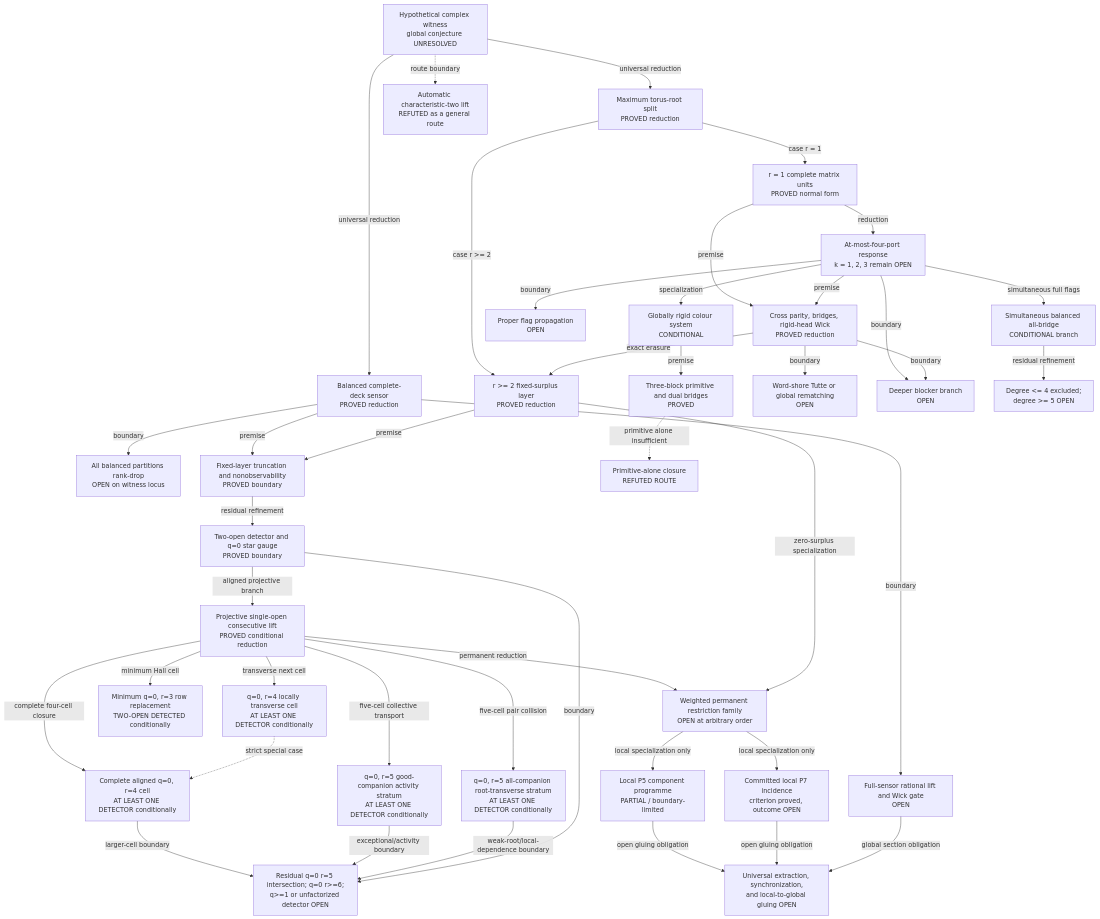
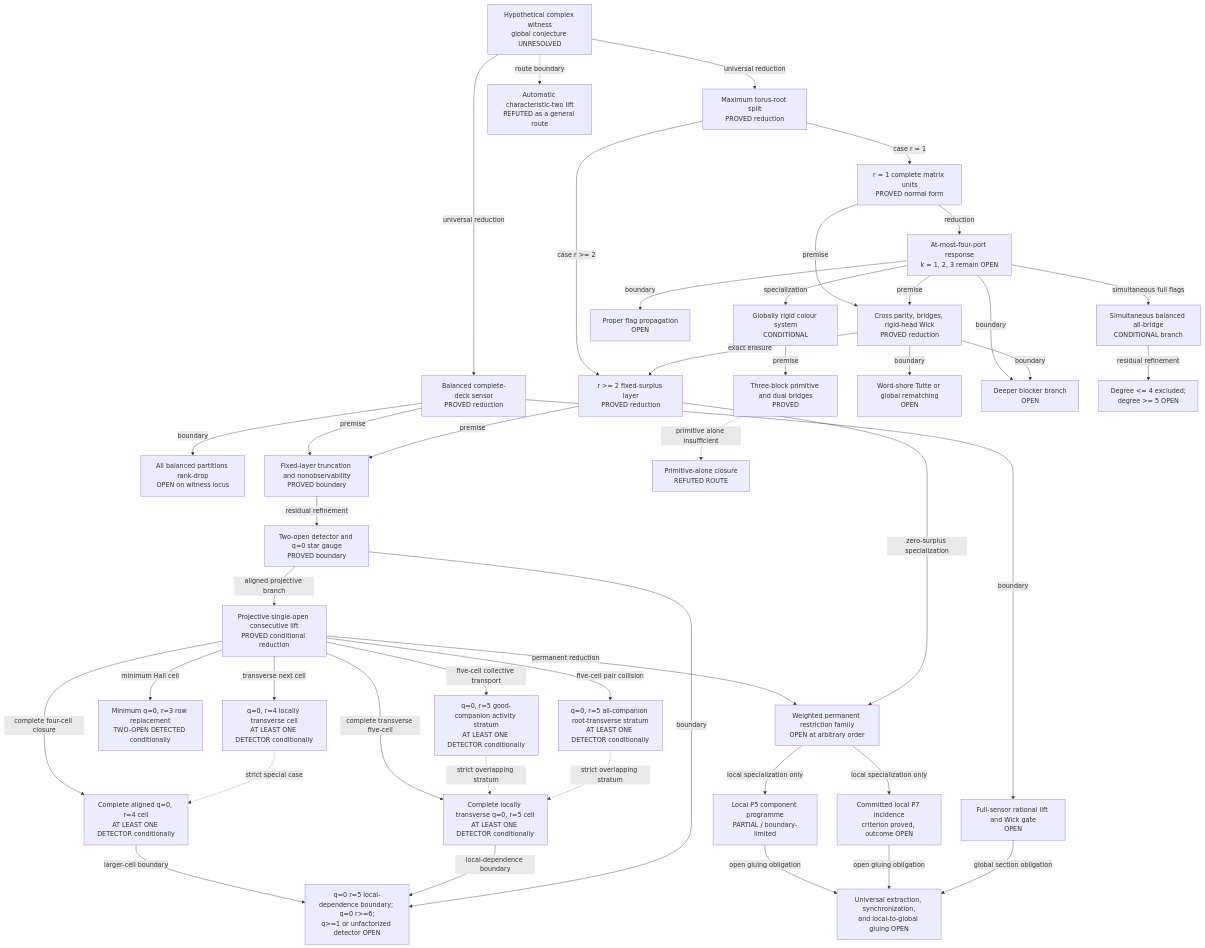
Before and after one commit to YesterdaysLemon/krenn-gu-research: the diagram in docs/current-frontier.md, drawn with Mermaid. The commit also changed other lines of this file and 6 other files, not shown here.

Commit message:
Prove complete transverse five-cell detector (#90)

```diff
--- a/docs/current-frontier.md
+++ b/docs/current-frontier.md
@@ -59,7 +59,8 @@
   O2F["Complete aligned q=0, r=4 cell<br/>AT LEAST ONE DETECTOR conditionally"]
   O2V["q=0, r=5 good-companion activity stratum<br/>AT LEAST ONE DETECTOR conditionally"]
   O2A["q=0, r=5 all-companion root-transverse stratum<br/>AT LEAST ONE DETECTOR conditionally"]
-  O3["Residual q=0 r=5 intersection; q=0 r>=6;<br/>q>=1 or unfactorized detector OPEN"]
+  O2C["Complete locally transverse q=0, r=5 cell<br/>AT LEAST ONE DETECTOR conditionally"]
+  O3["q=0 r=5 local-dependence boundary; q=0 r>=6;<br/>q>=1 or unfactorized detector OPEN"]
 
   U1["r = 1 complete matrix units<br/>PROVED normal form"]
   U2["At-most-four-port response<br/>k = 1, 2, 3 remain OPEN"]
@@ -96,10 +97,12 @@
   O2P -->|complete four-cell closure| O2F
   O2P -->|five-cell collective transport| O2V
   O2P -->|five-cell pair collision| O2A
+  O2P -->|complete transverse five-cell| O2C
   O2T -. strict special case .-> O2F
+  O2V -. strict overlapping stratum .-> O2C
+  O2A -. strict overlapping stratum .-> O2C
   O2F -->|larger-cell boundary| O3
-  O2V -->|exceptional/activity boundary| O3
-  O2A -->|weak-root/local-dependence boundary| O3
+  O2C -->|local-dependence boundary| O3
   O2 -->|boundary| O3
   M2 -->|zero-surplus specialization| PR
 
```
